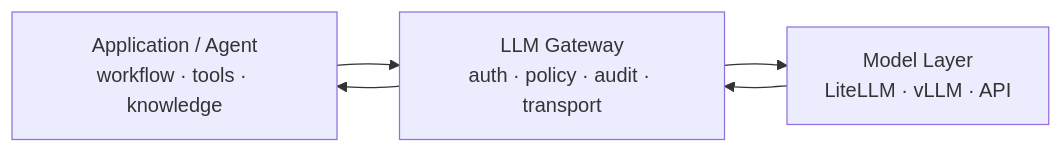
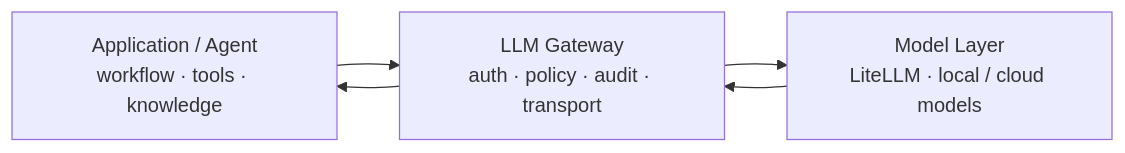
One commit to devcy0922/devcy0922.github.io changed the diagram in docs/posts/llm-gateway-should-stay-boring.md. Above: the diagram before and after it, drawn with Mermaid. The commit also changed other lines of this file, not shown here.

````diff
--- a/docs/posts/llm-gateway-should-stay-boring.md
+++ b/docs/posts/llm-gateway-should-stay-boring.md
@@ -46,9 +83,9 @@
 ```mermaid
 flowchart LR
     A["Application / Agent\nworkflow · tools · knowledge"]
     G["LLM Gateway\nauth · policy · audit · transport"]
-    M["Model Layer\nLiteLLM · vLLM · API"]
+    M["Model Layer\nLiteLLM · local / cloud models"]
 
     A --> G --> M
     M --> G --> A
 ```
````
